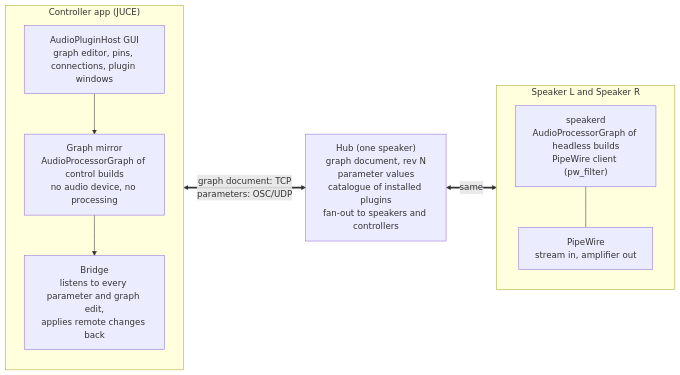
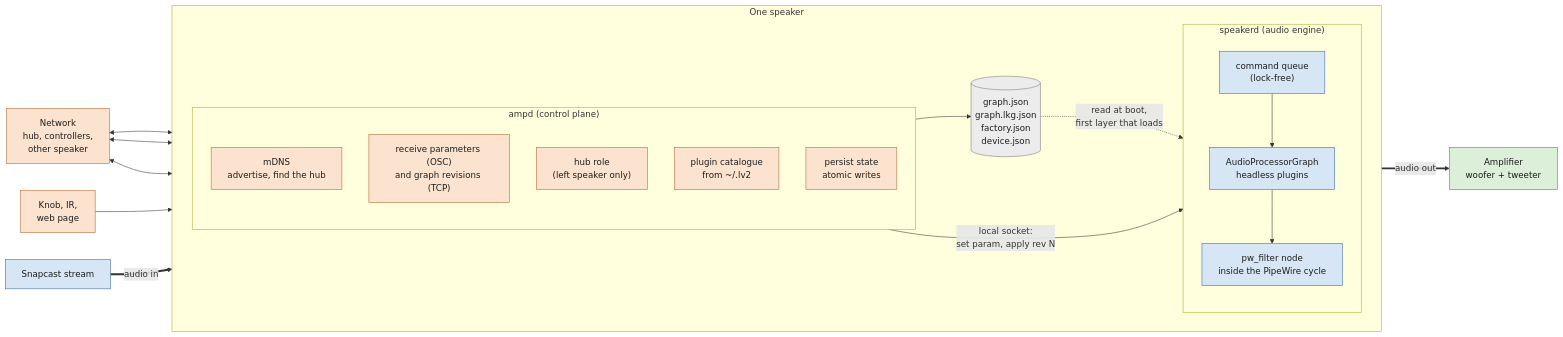
One commit to AMuszkat/bpi_amp_platform changed the third of 9 diagrams in docs/remote-plugin-host.md. Above: the diagram before and after it, drawn with Mermaid. The commit also changed other lines of this file, not shown here.

First line of the commit message:
Clarify the remote plugin host diagrams and drop the PipeWire alternative

````diff
--- a/docs/remote-plugin-host.md
+++ b/docs/remote-plugin-host.md
@@ -60,19 +139,40 @@
 ```mermaid
 flowchart LR
-    subgraph ctrl["Controller app (JUCE)"]
-        direction TB
-        gui["AudioPluginHost GUI<br/>graph editor, pins, connections, plugin windows"]
-        mirror["Graph mirror<br/>AudioProcessorGraph of control builds<br/>no audio device, no processing"]
-        bridge["Bridge<br/>listens to every parameter and graph edit,<br/>applies remote changes back"]
-        gui --> mirror --> bridge
+    classDef ctl fill:#fbe3cf,stroke:#b4642a,color:#1d1d1d
+    classDef aud fill:#d6e6f5,stroke:#2f6aa3,color:#1d1d1d
+    classDef sto fill:#ececec,stroke:#7a7a7a,color:#1d1d1d
+    classDef hw fill:#dcefd9,stroke:#3d8a3a,color:#1d1d1d
+
+    net["Network<br/>hub, controllers,<br/>other speaker"]:::ctl
+    knob["Knob, IR,<br/>web page"]:::ctl
+
+    subgraph SPK["One speaker"]
+        direction LR
+        subgraph AMPD["ampd (control plane)"]
+            direction TB
+            disc["mDNS<br/>advertise, find the hub"]:::ctl
+            rx["receive parameters (OSC)<br/>and graph revisions (TCP)"]:::ctl
+            hubrole["hub role<br/>(left speaker only)"]:::ctl
+            cat["plugin catalogue<br/>from ~/.lv2"]:::ctl
+            persist["persist state<br/>atomic writes"]:::ctl
+        end
+        files[("graph.json<br/>graph.lkg.json<br/>factory.json<br/>device.json")]:::sto
+        subgraph SD["speakerd (audio engine)"]
+            direction TB
+            cmd["command queue<br/>(lock-free)"]:::aud
+            eng["AudioProcessorGraph<br/>headless plugins"]:::aud
+            pwf["pw_filter node<br/>inside the PipeWire cycle"]:::aud
+            cmd --> eng --> pwf
+        end
+        rx -- "local socket:<br/>set param, apply rev N" --> cmd
+        persist --> files
+        files -. "read at boot,<br/>first layer that loads" .-> eng
     end
-    hub["Hub (one speaker)<br/>graph document, rev N<br/>parameter values<br/>catalogue of installed plugins<br/>fan-out to speakers and controllers"]
-    subgraph spk["Speaker L and Speaker R"]
-        direction TB
-        sd["speakerd<br/>AudioProcessorGraph of headless builds<br/>PipeWire client (pw_filter)"]
-        pw["PipeWire<br/>stream in, amplifier out"]
-        sd --- pw
-    end
-    bridge <== "graph document: TCP<br/>parameters: OSC/UDP" ==> hub
-    hub <== "same" ==> sd
+
+    net <--> disc
+    net <--> rx
+    net <--> hubrole
+    knob --> hubrole
+    snap["Snapcast stream"]:::aud == "audio in" ==> pwf
+    pwf == "audio out" ==> amp["Amplifier<br/>woofer + tweeter"]:::hw
 ```
````
